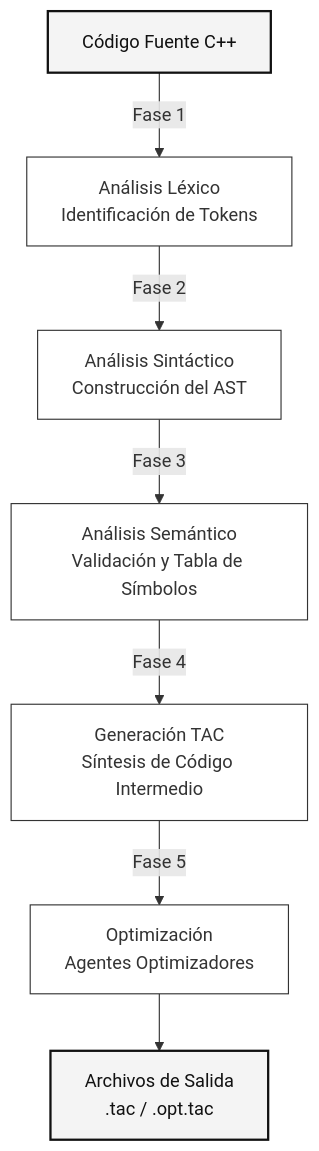
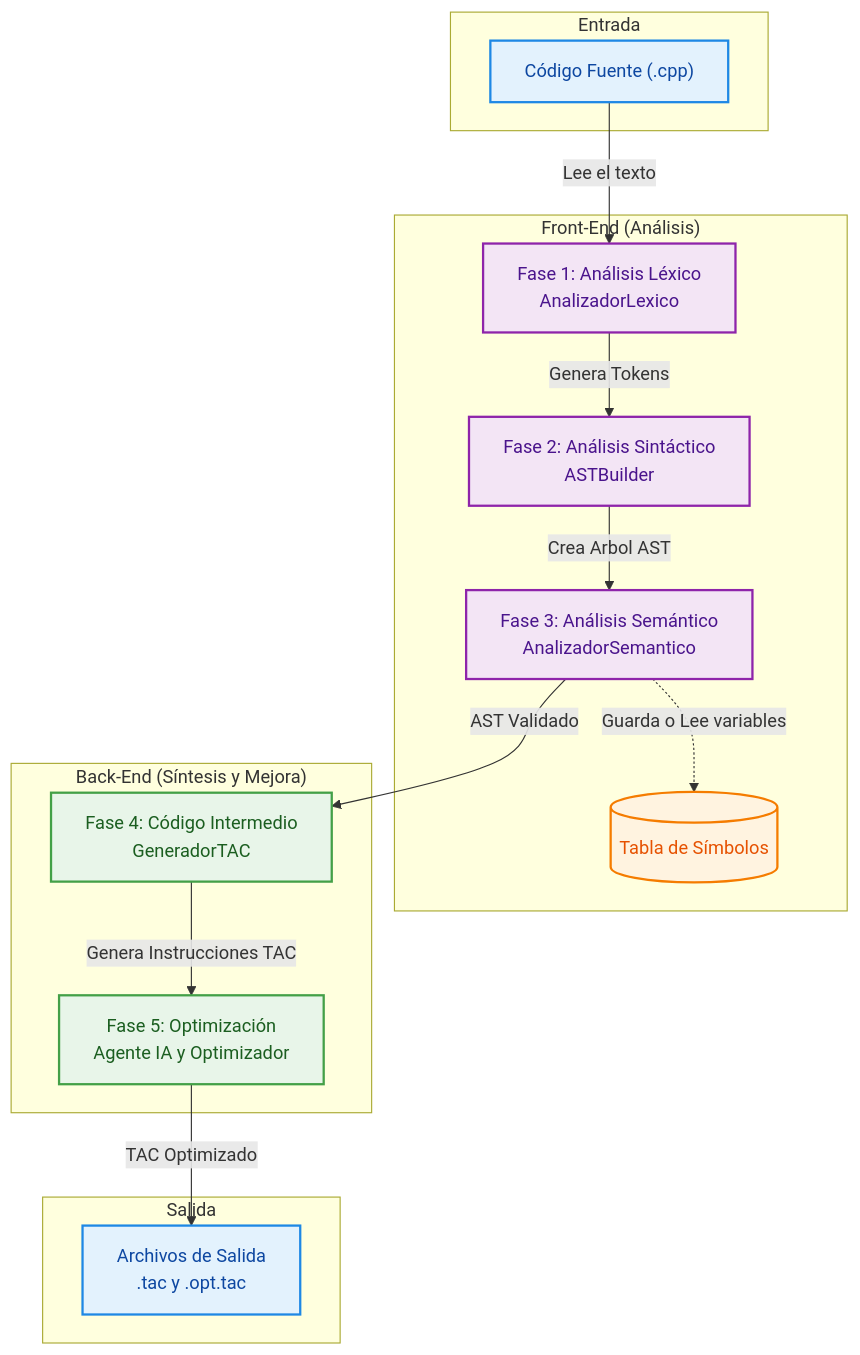
Before and after one commit to gabexe/final-tc-2026: the diagram in README.md, drawn with Mermaid. The commit also changed other lines of this file, not shown here.

Commit message:
Docs: Actualizar diagrama de flujo arquitectonico y modulos

````diff
--- a/README.md
+++ b/README.md
@@ -62,13 +67,44 @@
 ```mermaid
 flowchart TD
-    A["Código Fuente C++"] -->|Fase 1| B["Análisis Léxico<br>Identificación de Tokens"]
-    B -->|Fase 2| C["Análisis Sintáctico<br>Construcción del AST"]
-    C -->|Fase 3| D["Análisis Semántico<br>Validación y Tabla de Símbolos"]
-    D -->|Fase 4| E["Generación TAC<br>Síntesis de Código Intermedio"]
-    E -->|Fase 5| F["Optimización<br>Agentes Optimizadores"]
-    F --> G["Archivos de Salida<br>.tac / .opt.tac"]
+    subgraph Entrada ["Entrada"]
+        A["Código Fuente (.cpp)"]
+    end
 
-    classDef default fill:#ffffff,stroke:#333333,stroke-width:1px,color:#333333;
-    classDef io fill:#f4f4f4,stroke:#111111,stroke-width:2px,color:#111111;
-    class A,G io;
+    subgraph FrontEnd ["Front-End (Análisis)"]
+        B["Fase 1: Análisis Léxico<br>AnalizadorLexico"]
+        C["Fase 2: Análisis Sintáctico<br>ASTBuilder"]
+        D["Fase 3: Análisis Semántico<br>AnalizadorSemantico"]
+        TS[("Tabla de Símbolos")]
+    end
+
+    subgraph BackEnd ["Back-End (Síntesis y Mejora)"]
+        E["Fase 4: Código Intermedio<br>GeneradorTAC"]
+        F["Fase 5: Optimización<br>Agente IA y Optimizador"]
+    end
+
+    subgraph Salida ["Salida"]
+        G["Archivos de Salida<br>.tac y .opt.tac"]
+    end
+
+    %% Flujo Principal
+    A -->|"Lee el texto"| B
+    B -->|"Genera Tokens"| C
+    C -->|"Crea Arbol AST"| D
+    D -->|"AST Validado"| E
+    E -->|"Genera Instrucciones TAC"| F
+    F -->|"TAC Optimizado"| G
+
+    %% Relaciones secundarias
+    D -.->|"Guarda o Lee variables"| TS
+
+    %% Estilos de colores
+    classDef inout fill:#e3f2fd,stroke:#1e88e5,stroke-width:2px,color:#0d47a1
+    classDef frontend fill:#f3e5f5,stroke:#8e24aa,stroke-width:2px,color:#4a148c
+    classDef backend fill:#e8f5e9,stroke:#43a047,stroke-width:2px,color:#1b5e20
+    classDef db fill:#fff3e0,stroke:#f57c00,stroke-width:2px,color:#e65100
+
+    class A,G inout
+    class B,C,D frontend
+    class E,F backend
+    class TS db
 ```
````
